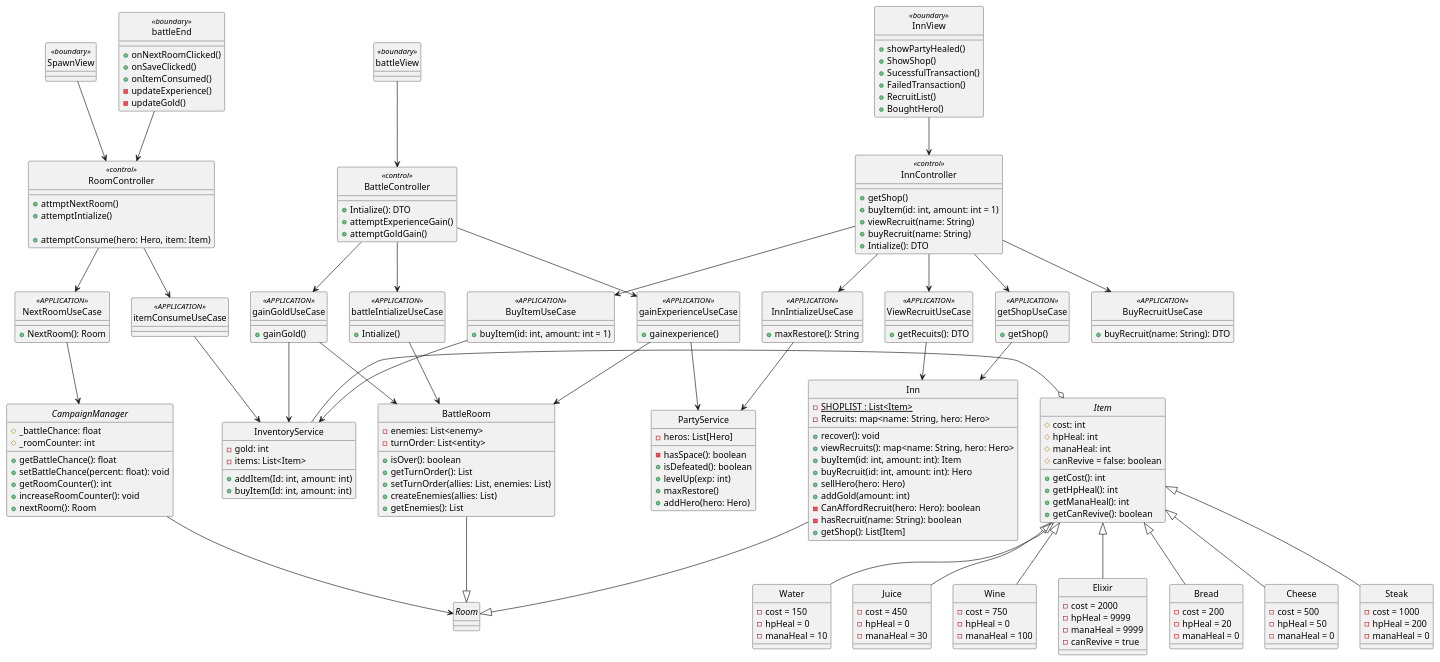
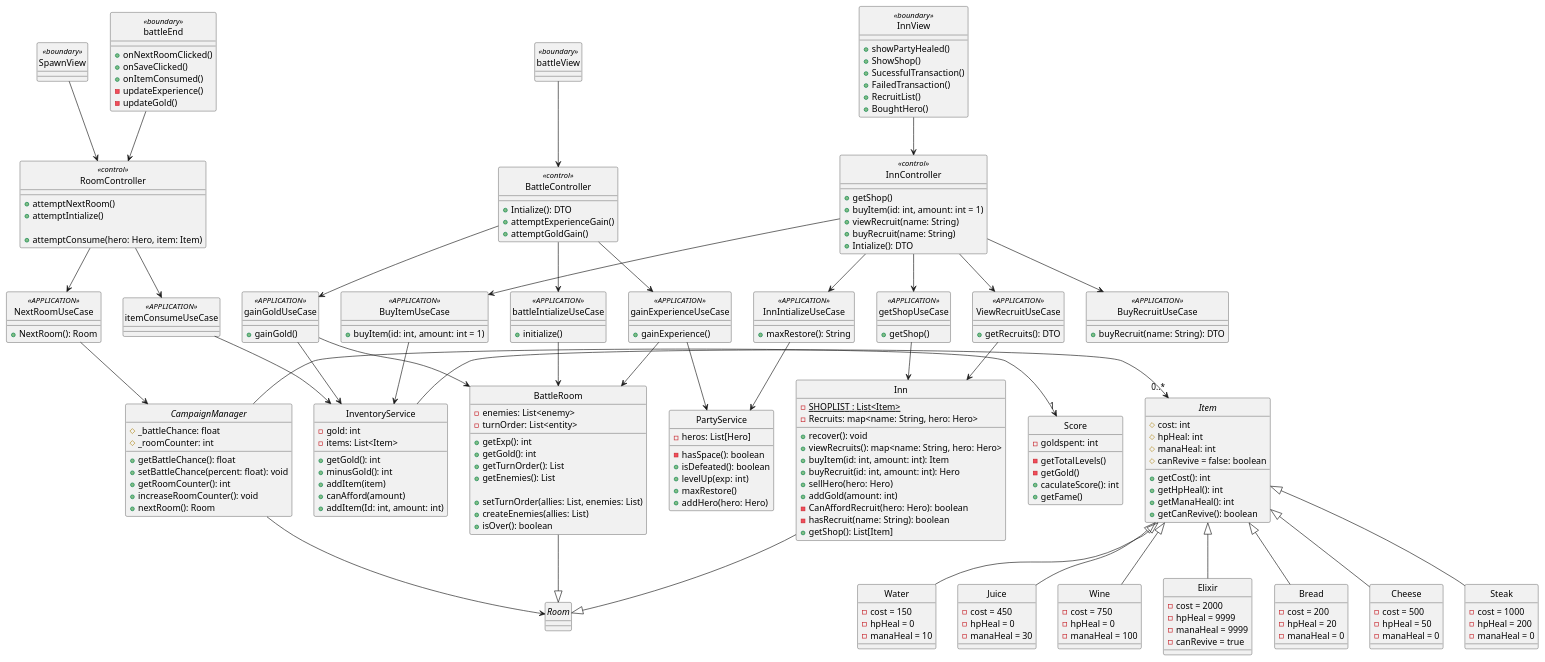
The diagram in rpg-legends/docs/uml/services/campaign-progression/class/inn.puml (JosefG50/2203-Legends-of-Sword-and-Wand), drawn with PlantUML before and after one commit. The commit also changed 1 other file, not shown here.

Commit message:
[feat] added score class to inn

```diff
--- a/rpg-legends/docs/uml/services/campaign-progression/class/inn.puml
+++ b/rpg-legends/docs/uml/services/campaign-progression/class/inn.puml
@@ -22,7 +22,7 @@
 }
 
 class battleView <<boundary>>{
-    
+
 }
 
 class InnController <<control>> {
@@ -38,24 +38,24 @@
     + attemptGoldGain()
 }
 class RoomController <<control>>{
-    + attmptNextRoom()
+    + attemptNextRoom()
     + attemptIntialize()
-    
+
     + attemptConsume(hero: Hero, item: Item)
 }
 
 class gainExperienceUseCase <<APPLICATION>>{
-    + gainexperience()
+    + gainExperience()
 }
 class gainGoldUseCase <<APPLICATION>>{
     + gainGold()
 }
 
 class battleIntializeUseCase <<APPLICATION>>{
-    + Intialize()
+    + initialize()
 }
 class itemConsumeUseCase <<APPLICATION>>{
-    
+
 }
 class InnIntializeUseCase <<APPLICATION>>{
     + maxRestore(): String
@@ -68,7 +68,7 @@
 
 }
 class ViewRecruitUseCase <<APPLICATION>>{
-    + getRecuits(): DTO
+    + getRecruits(): DTO
 }
 class BuyItemUseCase <<APPLICATION>>{
     + buyItem(id: int, amount: int = 1)
@@ -97,12 +97,16 @@
     - enemies: List<enemy>
     - turnOrder: List<entity>
 
-    + isOver(): boolean
+    + getExp(): int
+    + getGold(): int
     + getTurnOrder(): List
+    + getEnemies(): List
+
     + setTurnOrder(allies: List, enemies: List)
     + createEnemies(allies: List)
-    + getEnemies(): List
-    
+    + isOver(): boolean
+
+
 }
 class PartyService{
     - heros: List[Hero]
@@ -116,20 +120,31 @@
 class InventoryService{
     - gold: int
     - items: List<Item>
+    + getGold(): int
+    + minusGold(): int
+    + addItem(item)
+    + canAfford(amount)
     + addItem(Id: int, amount: int)
-    + buyItem(Id: int, amount: int)
-
 }
 
+
+class Score{
+    - goldspent: int 
+    - getTotalLevels()
+    - getGold()
+    + caculateScore(): int
+    + getFame() 
+}
 abstract class CampaignManager{
-    #_battleChance: float 
+    #_battleChance: float
     #_roomCounter: int
     + getBattleChance(): float
     + setBattleChance(percent: float): void
     + getRoomCounter(): int
     + increaseRoomCounter(): void
     + nextRoom(): Room
-} 
+}
+
 
 abstract class Room{
 
@@ -163,7 +178,7 @@
 class Water{
     - cost = 150
     - hpHeal = 0
-    - manaHeal = 10   
+    - manaHeal = 10
 }
 class Juice{
     - cost = 450
@@ -179,9 +194,8 @@
     - cost = 2000
     - hpHeal = 9999
     - manaHeal = 9999
-    - canRevive = true    
+    - canRevive = true
 }
-
 
 
 
@@ -229,10 +243,10 @@
 BattleRoom  --|> Room
 
 
+CampaignManager -> "1" Score
+CampaignManager -> Room
 
-CampaignManager -> Room 
-
-InventoryService -o Item
+InventoryService -> "0..*" Item
 
 Item <|-- Bread
 Item <|-- Cheese
```
